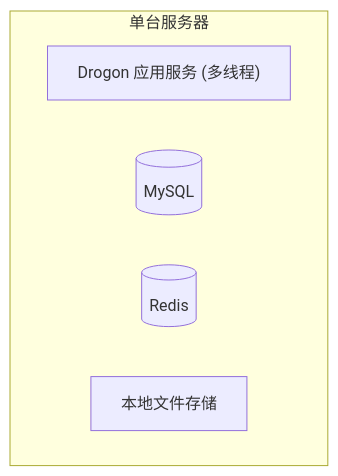
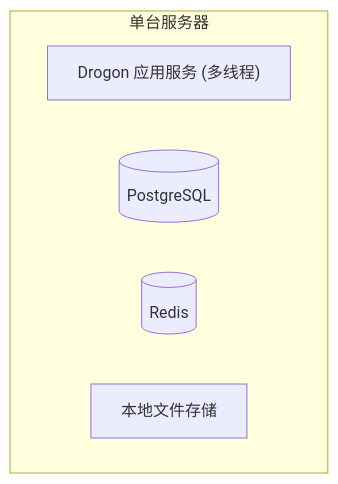
One commit to yizhinailong/disk changed the fifth of 5 diagrams in docs/design/00-系统概述.md. Above: the diagram before and after it, drawn with Mermaid. The commit also changed other lines of this file and 12 other files, not shown here.

First line of the commit message:
docs: Wave 1 - MySQL to PostgreSQL documentation and config migration

````diff
--- a/docs/design/00-系统概述.md
+++ b/docs/design/00-系统概述.md
@@ -363,9 +363,9 @@
 ```mermaid
 flowchart TB
     subgraph Server["单台服务器"]
         App["Drogon 应用服务 (多线程)"]
-        MySQL[("MySQL")]
+        PostgreSQL[("PostgreSQL")]
         Redis[("Redis")]
         Storage["本地文件存储"]
     end
 ```
````
